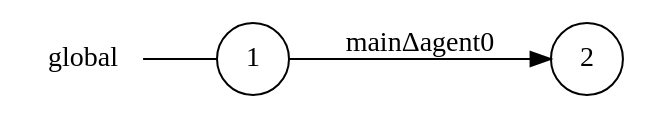
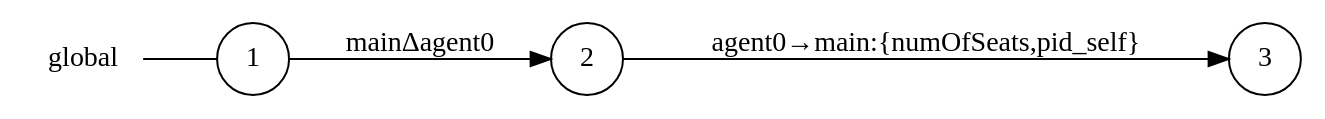
The diagram in examples/airline/main_global_view.dot (gabrielegenovese/chorer), drawn with Graphviz before and after one commit. The commit also changed 6 other files, not shown here.

```diff
--- a/examples/airline/main_global_view.dot
+++ b/examples/airline/main_global_view.dot
@@ -1,9 +1,11 @@
 digraph global {
 	rankdir="LR";
 	n_0 [label="global", shape="plaintext"];
 	n_1 [id="1", shape=circle, label="1"];
 	n_0 -> n_1 [arrowhead=none];
 	n_2 [id="2", shape=circle, label="2"];
+	n_3 [id="3", shape=circle, label="3"];
 
 	n_1 -> n_2 [id="[$e|0]", label="mainΔagent0"];
+	n_2 -> n_3 [id="[$e|1]", label="agent0→main:{numOfSeats,pid_self}"];
 }
```
